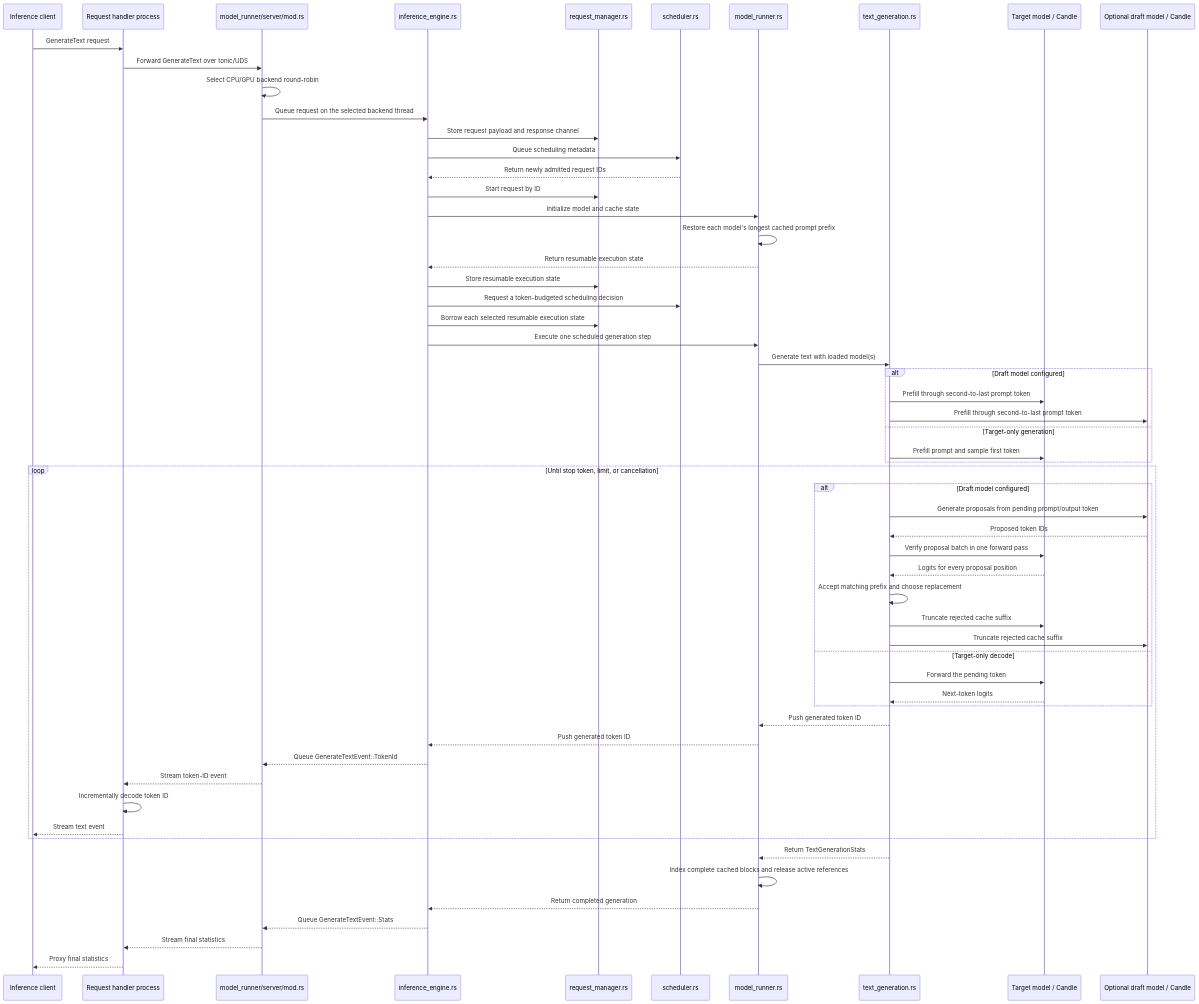
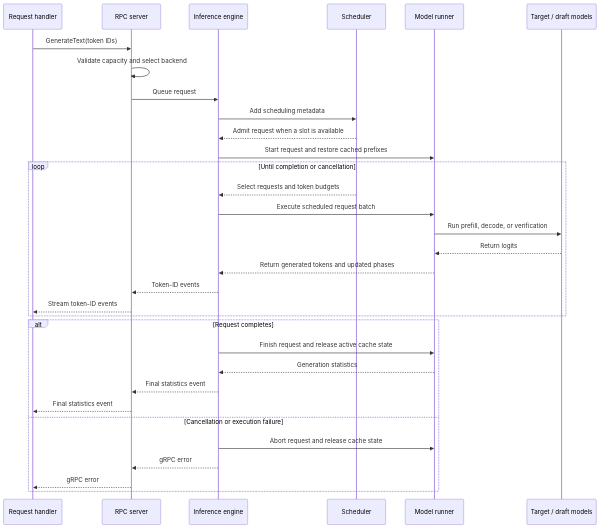
Before and after one commit to lun0522/mini-vllm-rs: the second of 2 diagrams in src/model_runner/README.md, drawn with Mermaid. The commit also changed other lines of this file and 9 other files, not shown here.

First line of the commit message:
Docs: Streamline READMEs and expand architecture documentation

````diff
--- a/src/model_runner/README.md
+++ b/src/model_runner/README.md
@@ -86,62 +50,35 @@
 ```mermaid
 sequenceDiagram
-    participant Caller as Inference client
-    participant Handler as Request handler process
-    participant Rpc as model_runner/server/mod.rs
-    participant Engine as inference_engine.rs
-    participant Requests as request_manager.rs
-    participant Scheduler as scheduler.rs
-    participant Runner as model_runner.rs
-    participant Decode as text_generation.rs
-    participant Target as Target model / Candle
-    participant Draft as Optional draft model / Candle
+    participant Handler as Request handler
+    participant Rpc as RPC server
+    participant Engine as Inference engine
+    participant Scheduler
+    participant Runner as Model runner
+    participant Models as Target / draft models
 
-    Caller->>Handler: GenerateText request
-    Handler->>Rpc: Forward GenerateText over tonic/UDS
-    Rpc->>Rpc: Select CPU/GPU backend round-robin
-    Rpc->>Engine: Queue request on the selected backend thread
-    Engine->>Requests: Store request payload and response channel
-    Engine->>Scheduler: Queue scheduling metadata
-    Scheduler-->>Engine: Return newly admitted request IDs
-    Engine->>Requests: Start request by ID
-    Engine->>Runner: Initialize model and cache state
-    Runner->>Runner: Restore each model's longest cached prompt prefix
-    Runner-->>Engine: Return resumable execution state
-    Engine->>Requests: Store resumable execution state
-    Engine->>Scheduler: Request a token-budgeted scheduling decision
-    Engine->>Requests: Borrow each selected resumable execution state
-    Engine->>Runner: Execute one scheduled generation step
-    Runner->>Decode: Generate text with loaded model(s)
-    alt Draft model configured
-        Decode->>Target: Prefill through second-to-last prompt token
-        Decode->>Draft: Prefill through second-to-last prompt token
-    else Target-only generation
-        Decode->>Target: Prefill prompt and sample first token
+    Handler->>Rpc: GenerateText(token IDs)
+    Rpc->>Rpc: Validate capacity and select backend
+    Rpc->>Engine: Queue request
+    Engine->>Scheduler: Add scheduling metadata
+    Scheduler-->>Engine: Admit request when a slot is available
+    Engine->>Runner: Start request and restore cached prefixes
+    loop Until completion or cancellation
+        Scheduler-->>Engine: Select requests and token budgets
+        Engine->>Runner: Execute scheduled request batch
+        Runner->>Models: Run prefill, decode, or verification
+        Models-->>Runner: Return logits
+        Runner-->>Engine: Return generated tokens and updated phases
+        Engine-->>Rpc: Token-ID events
+        Rpc-->>Handler: Stream token-ID events
     end
-    loop Until stop token, limit, or cancellation
-        alt Draft model configured
-            Decode->>Draft: Generate proposals from pending prompt/output token
-            Draft-->>Decode: Proposed token IDs
-            Decode->>Target: Verify proposal batch in one forward pass
-            Target-->>Decode: Logits for every proposal position
-            Decode->>Decode: Accept matching prefix and choose replacement
-            Decode->>Target: Truncate rejected cache suffix
-            Decode->>Draft: Truncate rejected cache suffix
-        else Target-only decode
-            Decode->>Target: Forward the pending token
-            Target-->>Decode: Next-token logits
-        end
-        Decode-->>Runner: Push generated token ID
-        Runner-->>Engine: Push generated token ID
-        Engine-->>Rpc: Queue GenerateTextEvent::TokenId
-        Rpc-->>Handler: Stream token-ID event
-        Handler->>Handler: Incrementally decode token ID
-        Handler-->>Caller: Stream text event
+    alt Request completes
+        Engine->>Runner: Finish request and release active cache state
+        Runner-->>Engine: Generation statistics
+        Engine-->>Rpc: Final statistics event
+        Rpc-->>Handler: Final statistics event
+    else Cancellation or execution failure
+        Engine->>Runner: Abort request and release cache state
+        Engine-->>Rpc: gRPC error
+        Rpc-->>Handler: gRPC error
     end
-    Decode-->>Runner: Return TextGenerationStats
-    Runner->>Runner: Index complete cached blocks and release active references
-    Runner-->>Engine: Return completed generation
-    Engine-->>Rpc: Queue GenerateTextEvent::Stats
-    Rpc-->>Handler: Stream final statistics
-    Handler-->>Caller: Proxy final statistics
 ```
````
